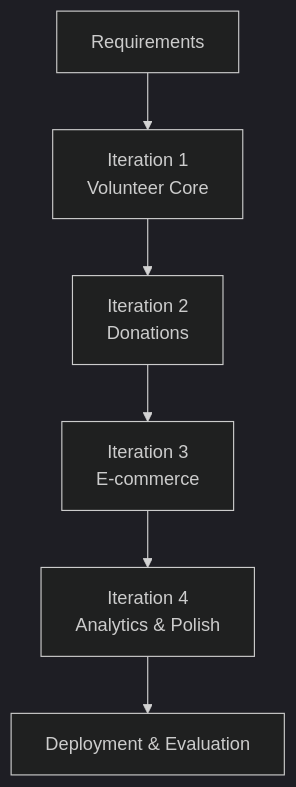
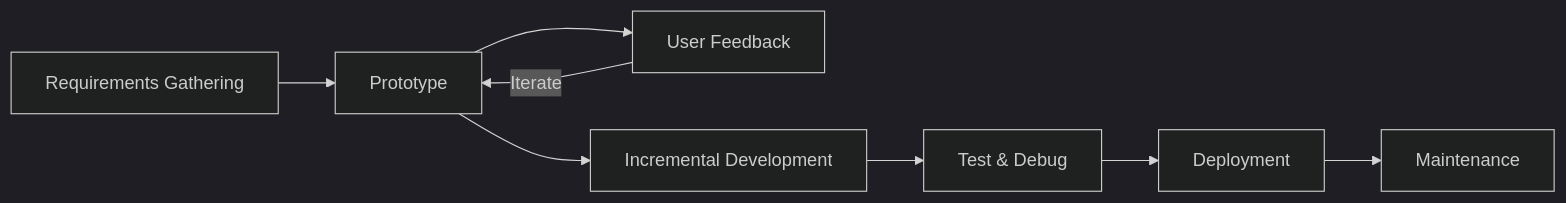
One commit to almos0002/playerjs changed the first of 3 diagrams in proposal_defence.md. Above: the diagram before and after it, drawn with Mermaid (dark theme). The commit also changed other lines of this file, not shown here.

````diff
--- a/proposal_defence.md
+++ b/proposal_defence.md
@@ -105,8 +98,10 @@
 ```mermaid
-flowchart TD
-    A[Requirements] --> B[Iteration 1\nVolunteer Core]
-    B --> C[Iteration 2\nDonations]
-    C --> D[Iteration 3\nE-commerce]
-    D --> E[Iteration 4\nAnalytics & Polish]
-    E --> F[Deployment & Evaluation]
+graph LR
+    R[Requirements Gathering] --> P[Prototype]
+    P --> U[User Feedback]
+    U -->|Iterate| P
+    P --> I[Incremental Development]
+    I --> T[Test & Debug]
+    T --> D[Deployment]
+    D --> M[Maintenance]
 ```
````
